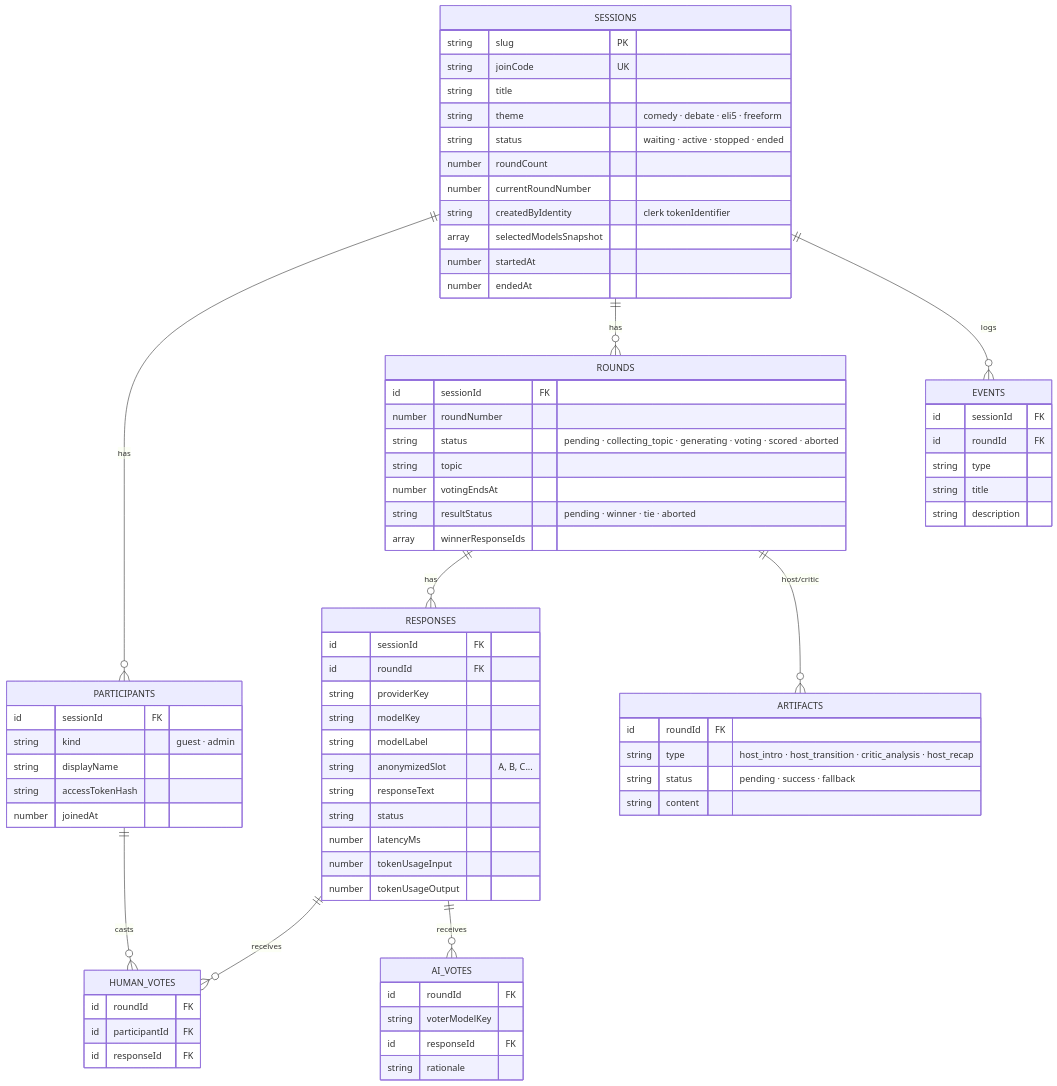
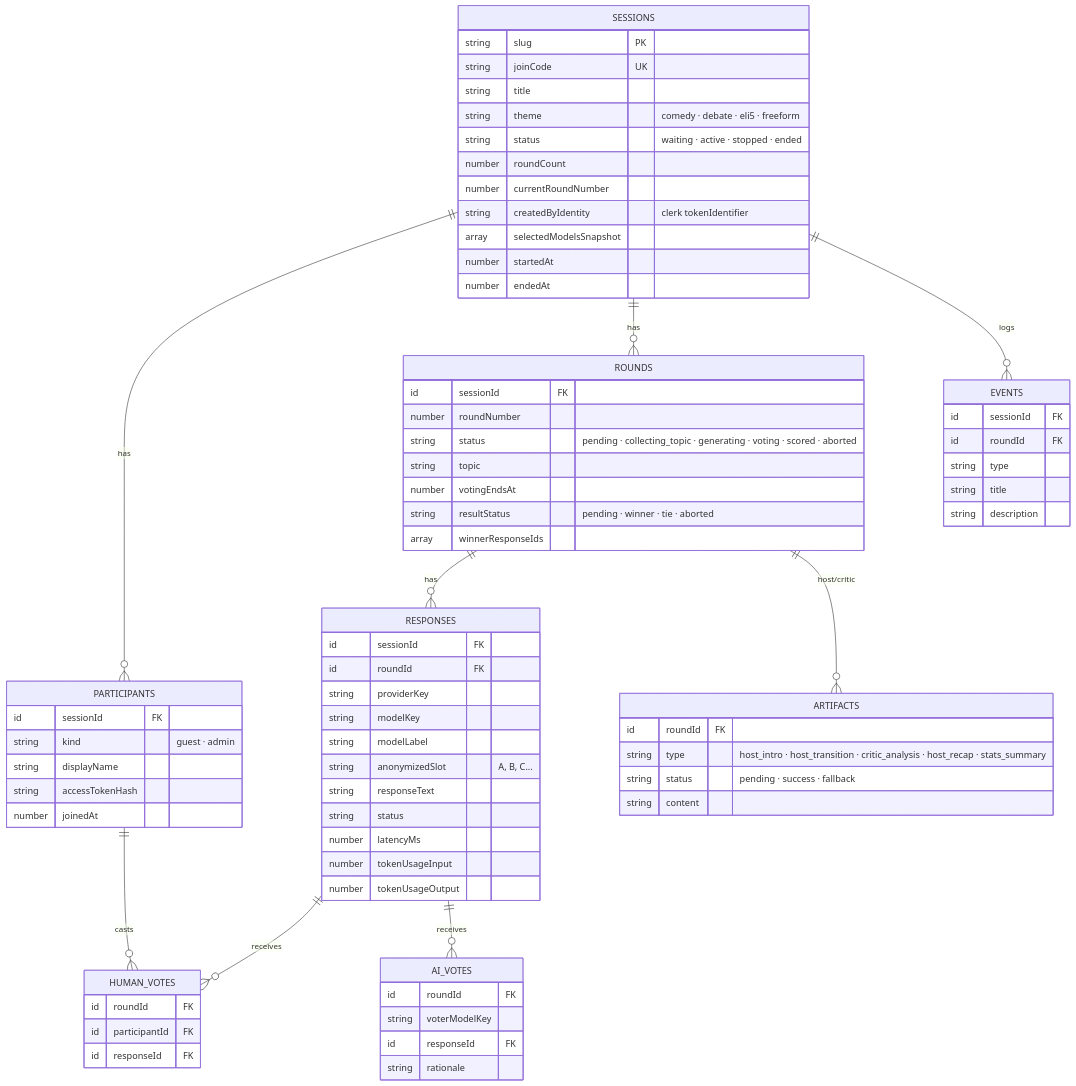
One commit to Radu028/ai-arena changed the second of 7 diagrams in docs/ARCHITECTURE.md. Above: the diagram before and after it, drawn with Mermaid. The commit also changed other lines of this file and 17 other files, not shown here.

````diff
--- a/docs/ARCHITECTURE.md
+++ b/docs/ARCHITECTURE.md
@@ -81,78 +77,78 @@
 ```mermaid
 erDiagram
   SESSIONS ||--o{ PARTICIPANTS : has
   SESSIONS ||--o{ ROUNDS : has
   ROUNDS ||--o{ RESPONSES : has
   RESPONSES ||--o{ HUMAN_VOTES : receives
   RESPONSES ||--o{ AI_VOTES : receives
   PARTICIPANTS ||--o{ HUMAN_VOTES : casts
   ROUNDS ||--o{ ARTIFACTS : "host/critic"
   SESSIONS ||--o{ EVENTS : logs
 
   SESSIONS {
     string slug PK
     string joinCode UK
     string title
     string theme "comedy · debate · eli5 · freeform"
     string status "waiting · active · stopped · ended"
     number roundCount
     number currentRoundNumber
     string createdByIdentity "clerk tokenIdentifier"
     array selectedModelsSnapshot
     number startedAt
     number endedAt
   }
   PARTICIPANTS {
     id sessionId FK
     string kind "guest · admin"
     string displayName
     string accessTokenHash
     number joinedAt
   }
   ROUNDS {
     id sessionId FK
     number roundNumber
     string status "pending · collecting_topic · generating · voting · scored · aborted"
     string topic
     number votingEndsAt
     string resultStatus "pending · winner · tie · aborted"
     array winnerResponseIds
   }
   RESPONSES {
     id sessionId FK
     id roundId FK
     string providerKey
     string modelKey
     string modelLabel
     string anonymizedSlot "A, B, C..."
     string responseText
     string status
     number latencyMs
     number tokenUsageInput
     number tokenUsageOutput
   }
   HUMAN_VOTES {
     id roundId FK
     id participantId FK
     id responseId FK
   }
   AI_VOTES {
     id roundId FK
     string voterModelKey
     id responseId FK
     string rationale
   }
   ARTIFACTS {
     id roundId FK
-    string type "host_intro · host_transition · critic_analysis · host_recap"
+    string type "host_intro · host_transition · critic_analysis · host_recap · stats_summary"
     string status "pending · success · fallback"
     string content
   }
   EVENTS {
     id sessionId FK
     id roundId FK
     string type
     string title
     string description
   }
 ```
````
